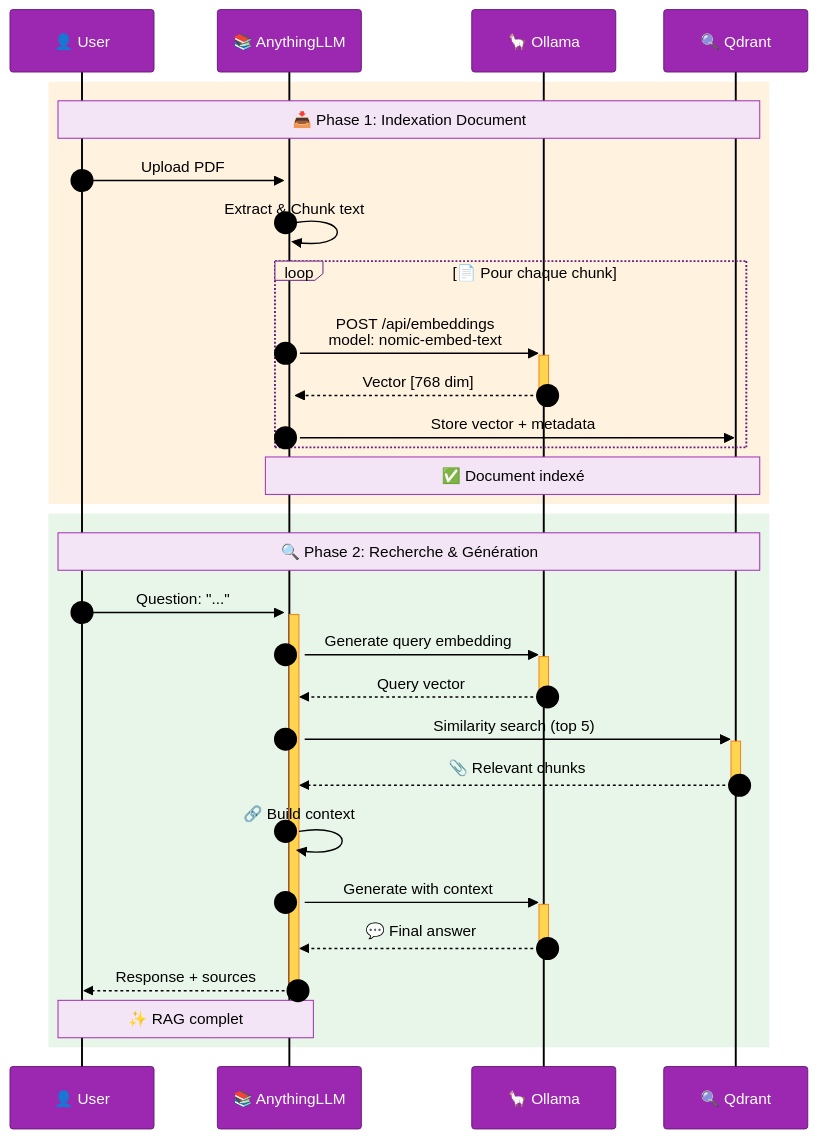
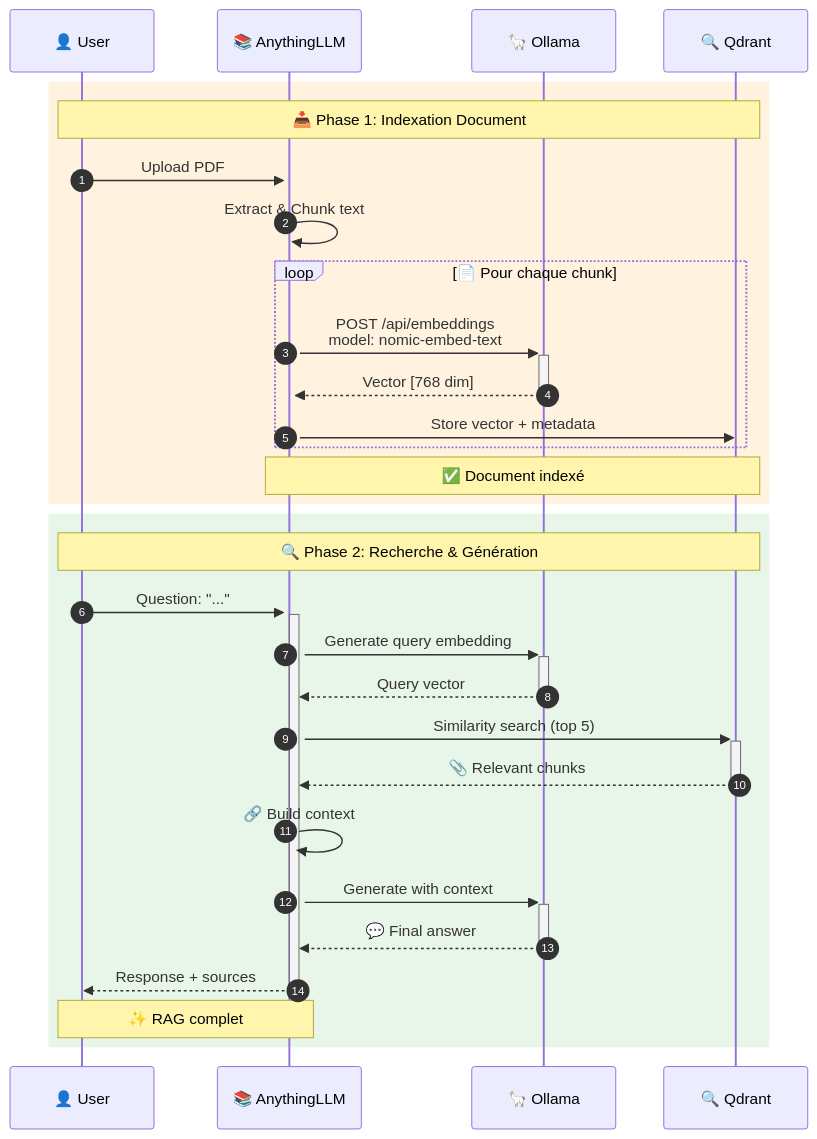
One commit to MPFabio/Stack-IA changed the eighth of 14 diagrams in docs/ARCHITECTURE.md. Above: the diagram before and after it, drawn with Mermaid. The commit also changed other lines of this file, not shown here.

First line of the commit message:
fix(docs): Utilisation thème default Mermaid pour auto-adaptation

````diff
--- a/docs/ARCHITECTURE.md
+++ b/docs/ARCHITECTURE.md
@@ -501,35 +501,35 @@
 ```mermaid
-%%{init: {'theme':'base', 'themeVariables': {'background':'#ffffff','mainBkg':'#ffffff','actorBkg':'#9C27B0','actorBorder':'#6a1b7f','actorTextColor':'#fff','actorLineColor':'#000','noteBkgColor':'#f3e5f5','noteTextColor':'#000','noteBorderColor':'#9C27B0','signalColor':'#000','signalTextColor':'#000','labelBoxBkgColor':'#fff3e0','labelTextColor':'#000','loopTextColor':'#000','activationBkgColor':'#ffd54f','activationBorderColor':'#f57f17','sequenceNumberColor':'#000'}}}%%
+%%{init: {'theme':'default'}}%%
 sequenceDiagram
     autonumber
     participant U as 👤 User
     participant A as 📚 AnythingLLM
     participant O as 🦙 Ollama
     participant Q as 🔍 Qdrant
     
     rect rgb(255, 243, 224)
         Note over U,Q: 📥 Phase 1: Indexation Document
         U->>+A: Upload PDF
         A->>A: Extract & Chunk text
         loop 📄 Pour chaque chunk
             A->>+O: POST /api/embeddings<br/>model: nomic-embed-text
             O-->>-A: Vector [768 dim]
             A->>Q: Store vector + metadata
         end
         Note over A,Q: ✅ Document indexé
     end
     
     rect rgb(232, 245, 233)
         Note over U,Q: 🔍 Phase 2: Recherche & Génération
         U->>+A: Question: "..."
         A->>+O: Generate query embedding
         O-->>-A: Query vector
         A->>+Q: Similarity search (top 5)
         Q-->>-A: 📎 Relevant chunks
         A->>A: 🔗 Build context
         A->>+O: Generate with context
         O-->>-A: 💬 Final answer
         A-->>-U: Response + sources
         Note over U,A: ✨ RAG complet
     end
 ```
````
